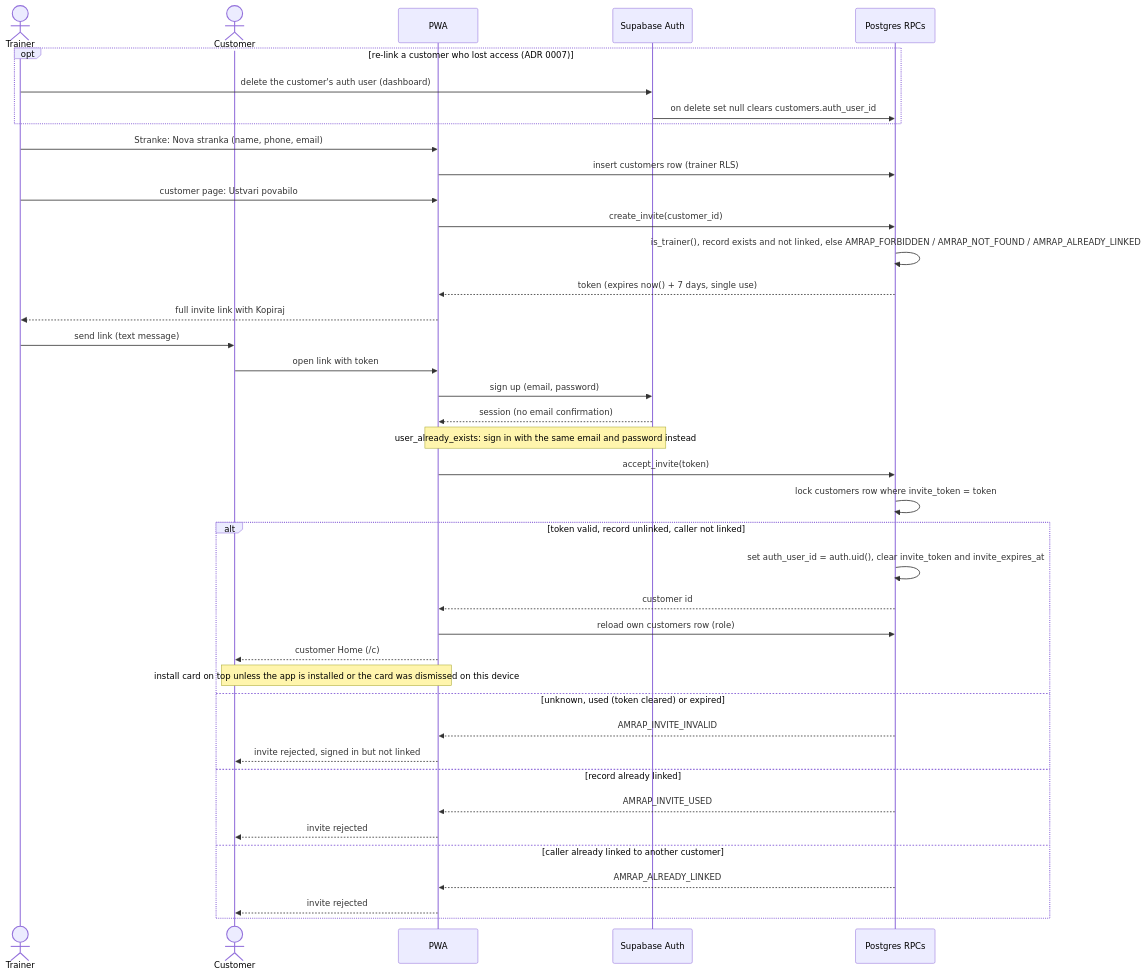
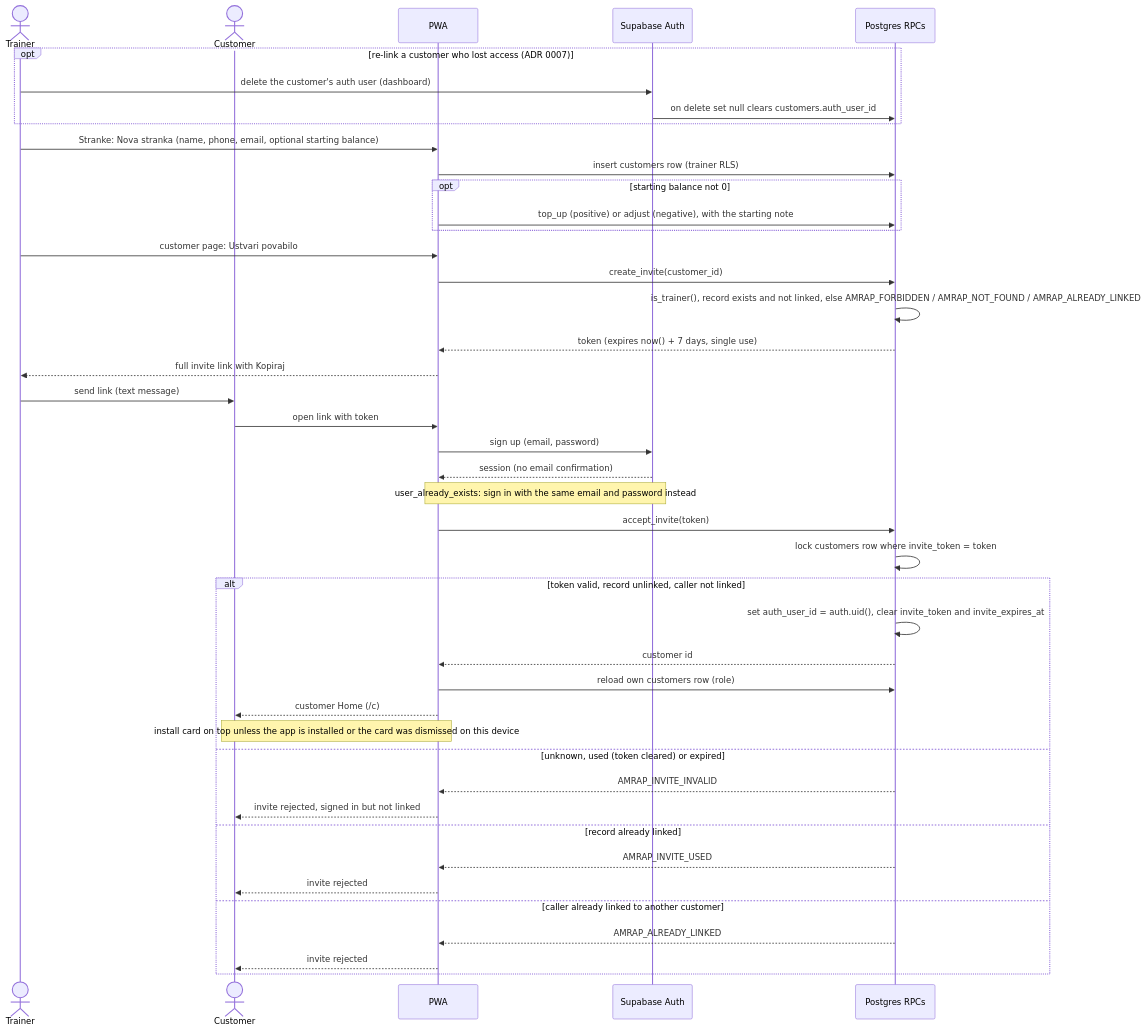
One commit to JasaGlazar/amrap changed the diagram in docs/architecture/auth-invite-flow.md. Above: the diagram before and after it, drawn with Mermaid. The commit also changed 1 other file, not shown here.

Commit message:
docs: pilot wording and the starting balance in the invite flow
Task 18 review (minors 3-5, 8): the pilot guide quotes the full »Aktiven …«
label, says the starting-note row appears only when a balance was entered,
names »Krediti« / »Zgodovina kreditov« as sections and Domov as a screen,
and describes the prefilled retry; the invite-flow diagram shows the optional
starting balance recorded after the insert.

````diff
--- a/docs/architecture/auth-invite-flow.md
+++ b/docs/architecture/auth-invite-flow.md
@@ -30,43 +30,46 @@
 ```mermaid
 sequenceDiagram
     actor T as Trainer
     actor C as Customer
     participant App as PWA
     participant Auth as Supabase Auth
     participant DB as Postgres RPCs
 
     opt re-link a customer who lost access (ADR 0007)
         T->>Auth: delete the customer's auth user (dashboard)
         Auth->>DB: on delete set null clears customers.auth_user_id
     end
-    T->>App: Stranke: Nova stranka (name, phone, email)
+    T->>App: Stranke: Nova stranka (name, phone, email, optional starting balance)
     App->>DB: insert customers row (trainer RLS)
+    opt starting balance not 0
+        App->>DB: top_up (positive) or adjust (negative), with the starting note
+    end
     T->>App: customer page: Ustvari povabilo
     App->>DB: create_invite(customer_id)
     DB->>DB: is_trainer(), record exists and not linked, else AMRAP_FORBIDDEN / AMRAP_NOT_FOUND / AMRAP_ALREADY_LINKED
     DB-->>App: token (expires now() + 7 days, single use)
     App-->>T: full invite link with Kopiraj
     T->>C: send link (text message)
     C->>App: open link with token
     App->>Auth: sign up (email, password)
     Auth-->>App: session (no email confirmation)
     Note over App,Auth: user_already_exists: sign in with the same email and password instead
     App->>DB: accept_invite(token)
     DB->>DB: lock customers row where invite_token = token
     alt token valid, record unlinked, caller not linked
         DB->>DB: set auth_user_id = auth.uid(), clear invite_token and invite_expires_at
         DB-->>App: customer id
         App->>DB: reload own customers row (role)
         App-->>C: customer Home (/c)
         Note over App,C: install card on top unless the app is installed or the card was dismissed on this device
     else unknown, used (token cleared) or expired
         DB-->>App: AMRAP_INVITE_INVALID
         App-->>C: invite rejected, signed in but not linked
     else record already linked
         DB-->>App: AMRAP_INVITE_USED
         App-->>C: invite rejected
     else caller already linked to another customer
         DB-->>App: AMRAP_ALREADY_LINKED
         App-->>C: invite rejected
     end
 ```
````
